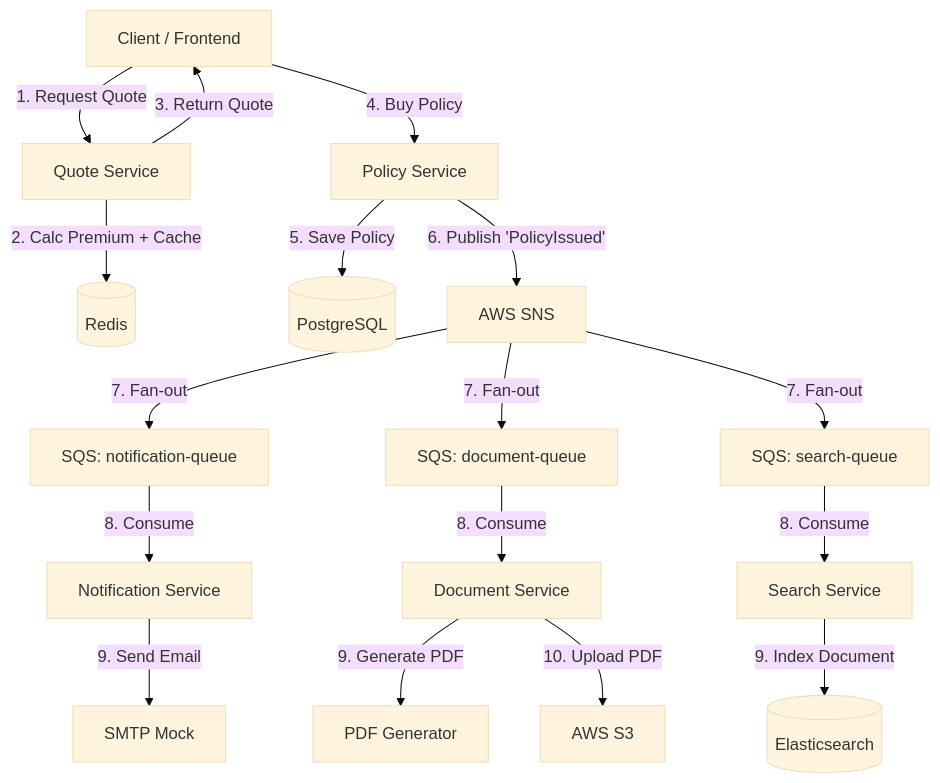
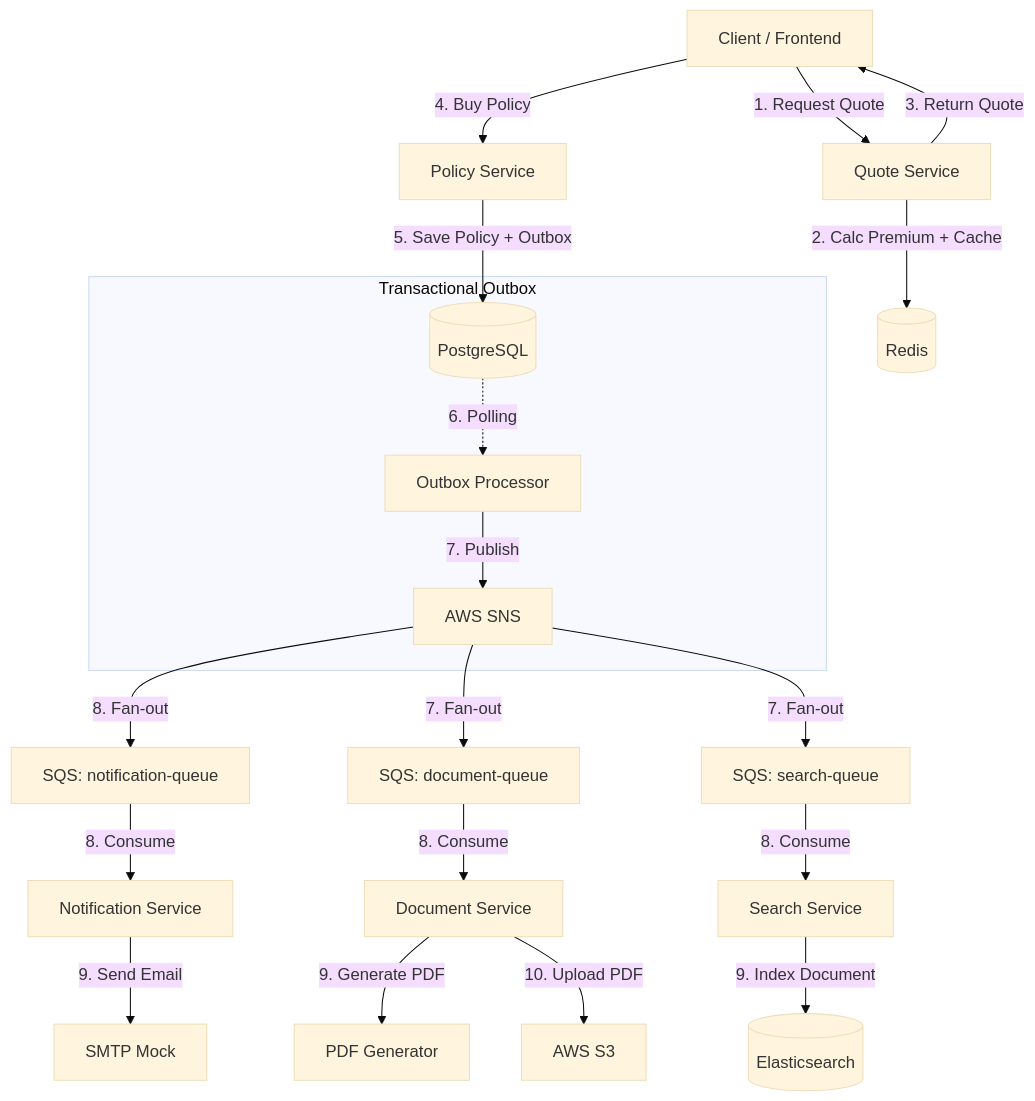
The diagram in README.md (dawidbera/insure-cloud), drawn with Mermaid (base theme) before and after one commit. The commit also changed 6 other files, not shown here.

Commit message:
feat: implement Transactional Outbox in policy-service and add Javadoc documentation

````diff
--- a/README.md
+++ b/README.md
@@ -29,24 +29,28 @@
 ```mermaid
 graph TD
     Client[Client / Frontend] -->|1. Request Quote| API_Quote[Quote Service]
     API_Quote -->|2. Calc Premium + Cache| Redis[(Redis)]
     API_Quote -->|3. Return Quote| Client
     
     Client -->|4. Buy Policy| API_Policy[Policy Service]
-    API_Policy -->|5. Save Policy| DB_Postgres[(PostgreSQL)]
-    API_Policy -->|6. Publish 'PolicyIssued'| SNS[AWS SNS]
+    API_Policy -->|5. Save Policy + Outbox| DB_Postgres[(PostgreSQL)]
     
-    SNS -->|7. Fan-out| SQS_Notif[SQS: notification-queue]
+    subgraph Transactional Outbox
+        DB_Postgres -.->|6. Polling| OutboxProc[Outbox Processor]
+        OutboxProc -->|7. Publish| SNS[AWS SNS]
+    end
+    
+    SNS -->|8. Fan-out| SQS_Notif[SQS: notification-queue]
     SNS -->|7. Fan-out| SQS_Doc[SQS: document-queue]
     SNS -->|7. Fan-out| SQS_Search[SQS: search-queue]
     
     SQS_Notif -->|8. Consume| Service_Notif[Notification Service]
     Service_Notif -->|9. Send Email| Email[SMTP Mock]
     
     SQS_Doc -->|8. Consume| Service_Doc[Document Service]
     Service_Doc -->|9. Generate PDF| PDF[PDF Generator]
     Service_Doc -->|10. Upload PDF| S3[AWS S3]
 
     SQS_Search -->|8. Consume| Service_Search[Search Service]
     Service_Search -->|9. Index Document| ES[(Elasticsearch)]
 ```
````
